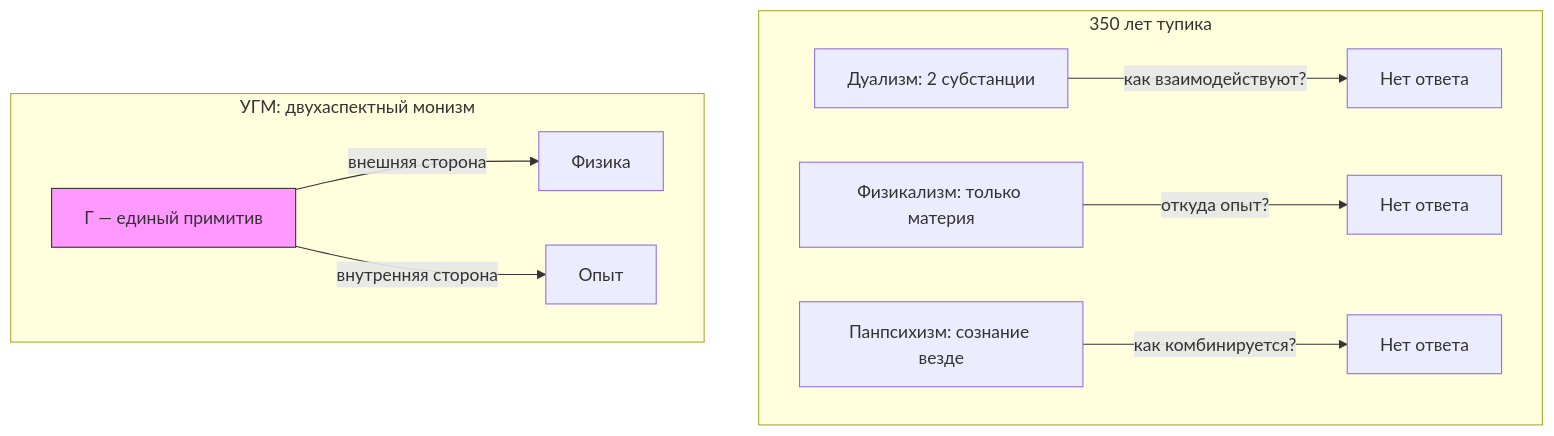
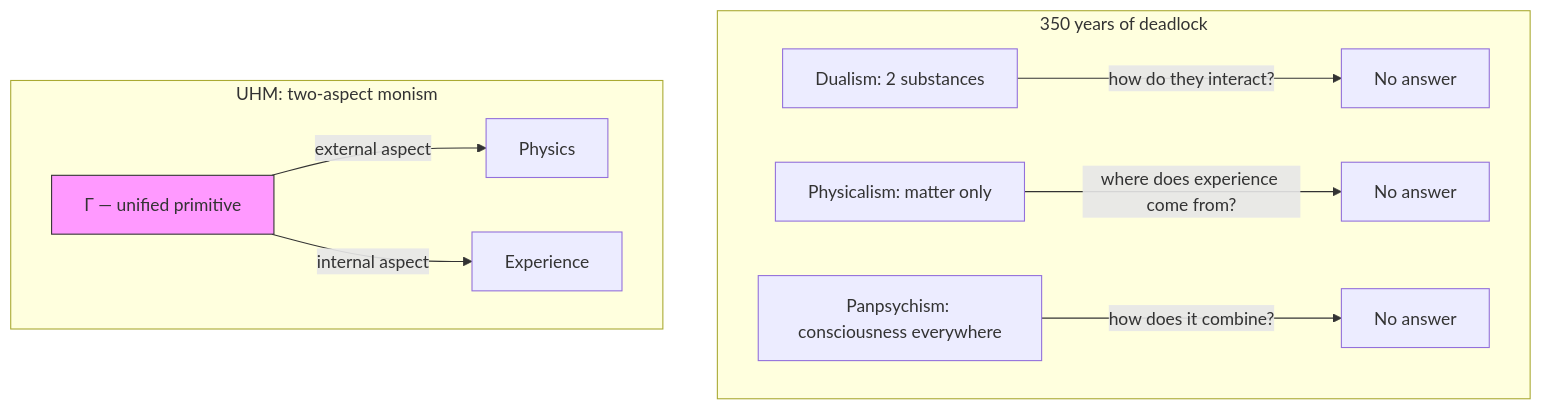
The first of 3 diagrams in website/docs/consciousness/overview.md (gst-st/uhm), drawn with Mermaid before and after one commit. The commit also changed other lines of this file and 79 other files, not shown here.

````diff
--- a/website/docs/consciousness/overview.md
+++ b/website/docs/consciousness/overview.md
@@ -74,14 +74,14 @@
 ```mermaid
 graph TB
-    subgraph "350 лет тупика"
-        D["Дуализм: 2 субстанции"] -->|"как взаимодействуют?"| FAIL1["Нет ответа"]
-        F["Физикализм: только материя"] -->|"откуда опыт?"| FAIL2["Нет ответа"]
-        PAN["Панпсихизм: сознание везде"] -->|"как комбинируется?"| FAIL3["Нет ответа"]
+    subgraph "350 years of deadlock"
+        D["Dualism: 2 substances"] -->|"how do they interact?"| FAIL1["No answer"]
+        F["Physicalism: matter only"] -->|"where does experience come from?"| FAIL2["No answer"]
+        PAN["Panpsychism: consciousness everywhere"] -->|"how does it combine?"| FAIL3["No answer"]
     end
-    subgraph "УГМ: двухаспектный монизм"
-        G["Γ — единый примитив"]
-        G -->|"внешняя сторона"| PHYS["Физика"]
-        G -->|"внутренняя сторона"| EXP["Опыт"]
+    subgraph "UHM: two-aspect monism"
+        G["Γ — unified primitive"]
+        G -->|"external aspect"| PHYS["Physics"]
+        G -->|"internal aspect"| EXP["Experience"]
     end
     style G fill:#f9f,stroke:#333
 ```
````
